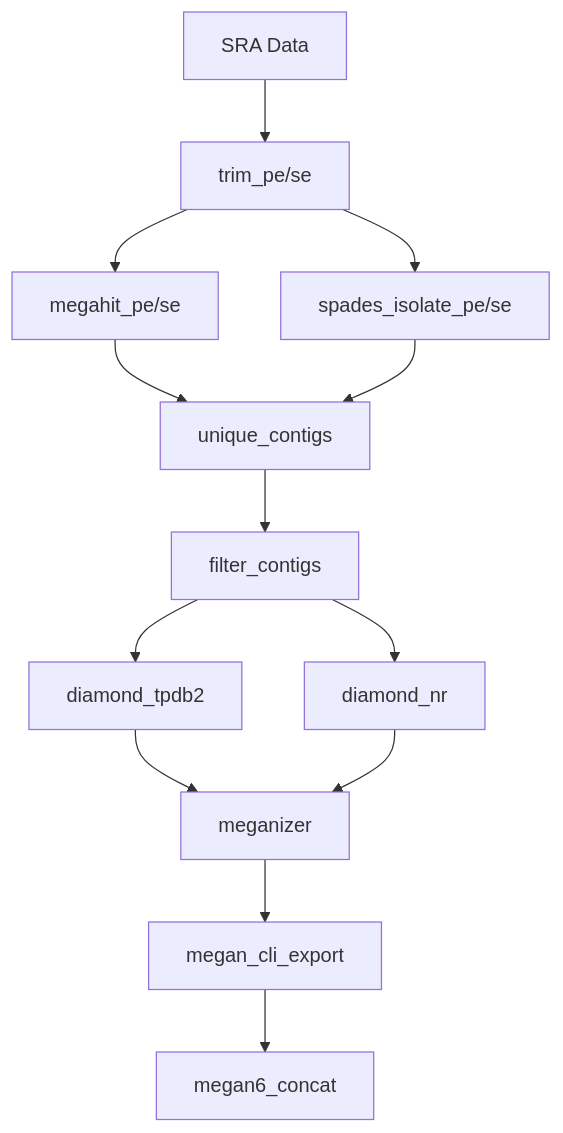
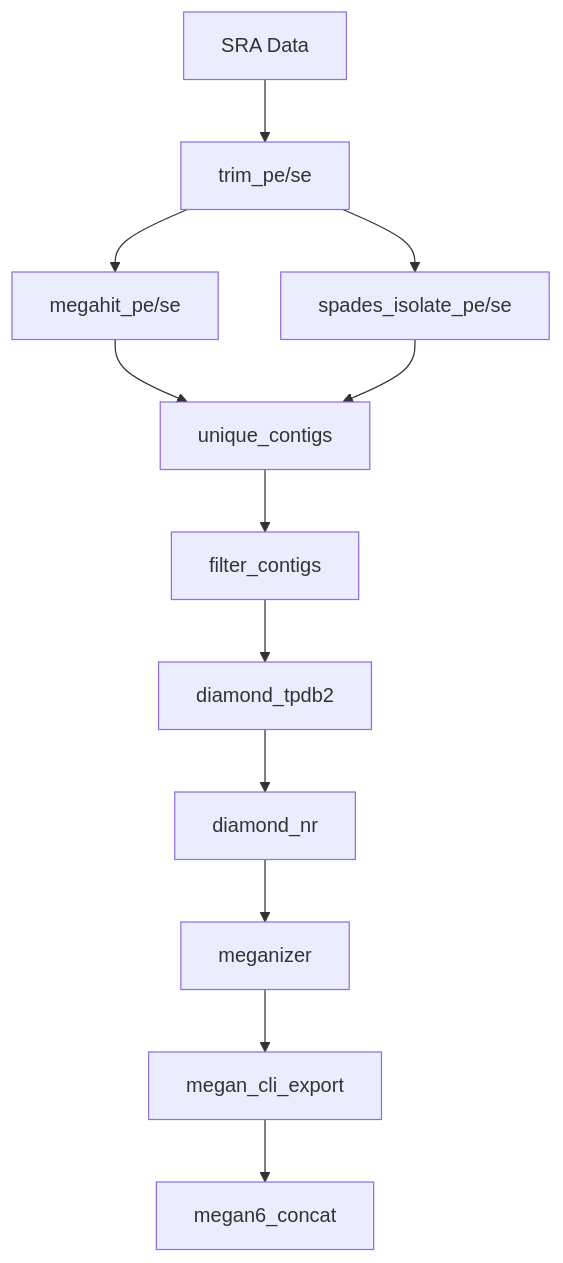
One commit to nezapajek/tobamo-snakemake changed the diagram in workflow/RULES.md. Above: the diagram before and after it, drawn with Mermaid.

Commit message:
Fix DAG diagram in RULES.md: diamond_nr depends on diamond_tpdb2 output
The diagram showed diamond_tpdb2 and diamond_nr as parallel branches
both feeding into meganizer, but diamond_nr actually consumes
diamond_tpdb2's .daa output, so it's a sequential dependency.

````diff
--- a/workflow/RULES.md
+++ b/workflow/RULES.md
@@ -151,15 +151,14 @@
 ```mermaid
 graph TD
     A[SRA Data] --> B[trim_pe/se]
     B --> C[megahit_pe/se]
     B --> D[spades_isolate_pe/se]
     C --> E[unique_contigs]
     D --> E
     E --> F[filter_contigs]
     F --> G[diamond_tpdb2]
-    F --> H[diamond_nr]
-    G --> I[meganizer]
-    H --> I
+    G --> H[diamond_nr]
+    H --> I[meganizer]
     I --> J[megan_cli_export]
     J --> K[megan6_concat]
 ```
````
